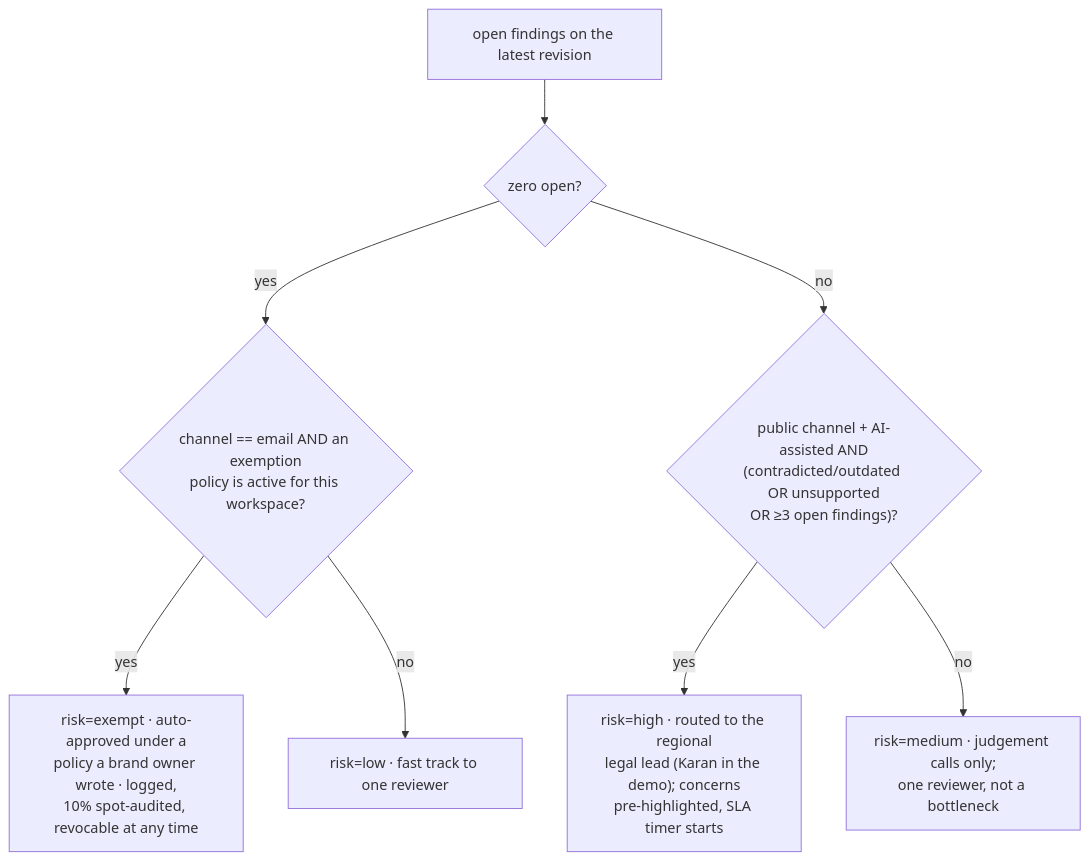
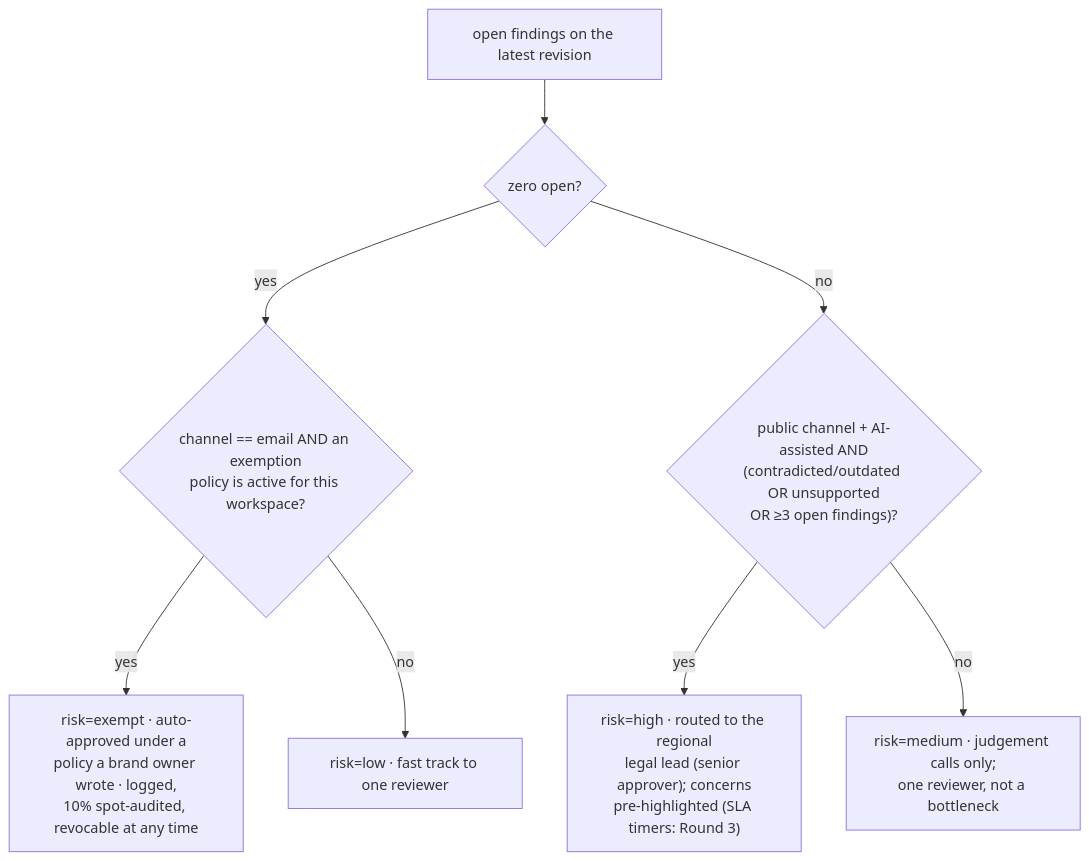
One commit to Dhruv-Puri/Canonry changed the sixth of 6 diagrams in docs/architecture.md. Above: the diagram before and after it, drawn with Mermaid. The commit also changed other lines of this file and 70 other files, not shown here.

````diff
--- a/docs/architecture.md
+++ b/docs/architecture.md
@@ -293,18 +303,18 @@
 ```mermaid
 flowchart TD
     start["open findings on the latest revision"] --> z{"zero open?"}
     z -- yes --> ex{"channel == email AND an exemption
 policy is active for this workspace?"}
     ex -- yes --> EXEMPT["risk=exempt · auto-approved under a
 policy a brand owner wrote · logged,
 10% spot-audited, revocable at any time"]
     ex -- no --> LOW["risk=low · fast track to one reviewer"]
     z -- "no" --> hi{"public channel + AI-assisted AND
 (contradicted/outdated OR unsupported
 OR ≥3 open findings)?"}
     hi -- yes --> HIGH["risk=high · routed to the regional
-legal lead (Karan in the demo); concerns
-pre-highlighted, SLA timer starts"]
+legal lead (senior approver); concerns
+pre-highlighted (SLA timers: Round 3)"]
     hi -- no --> MED["risk=medium · judgement calls only;
 one reviewer, not a bottleneck"]
 ```
````
